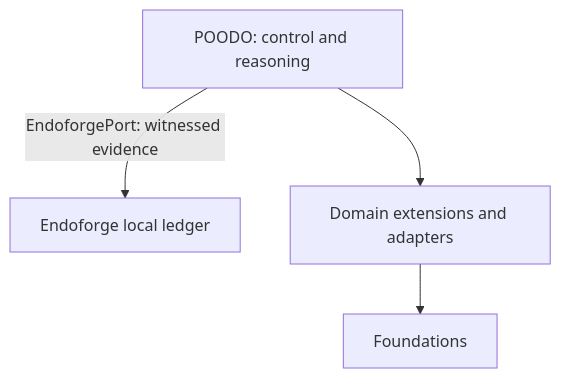
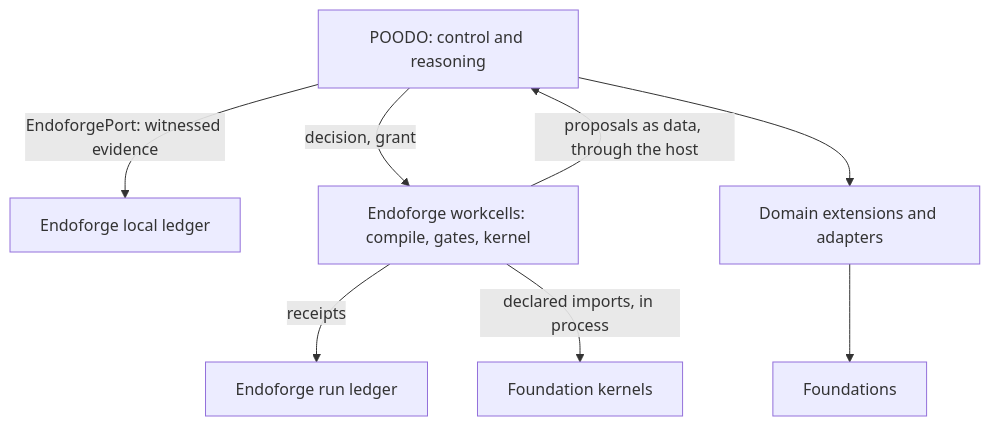
The diagram in docs/architecture/architecture.md (Akilleez-QA/cstack), drawn with Mermaid before and after one commit. The commit also changed other lines of this file and 9 other files, not shown here.

````diff
--- a/docs/architecture/architecture.md
+++ b/docs/architecture/architecture.md
@@ -15,6 +15,10 @@
 ```mermaid
 flowchart TB
     P[POODO: control and reasoning] -->|EndoforgePort: witnessed evidence| E[Endoforge local ledger]
+    P -->|decision, grant| R[Endoforge workcells: compile, gates, kernel]
+    R -->|proposals as data, through the host| P
+    R -->|receipts| L[Endoforge run ledger]
+    R -->|declared imports, in process| K[Foundation kernels]
     P --> A[Domain extensions and adapters]
     A --> F[Foundations]
 ```
````
